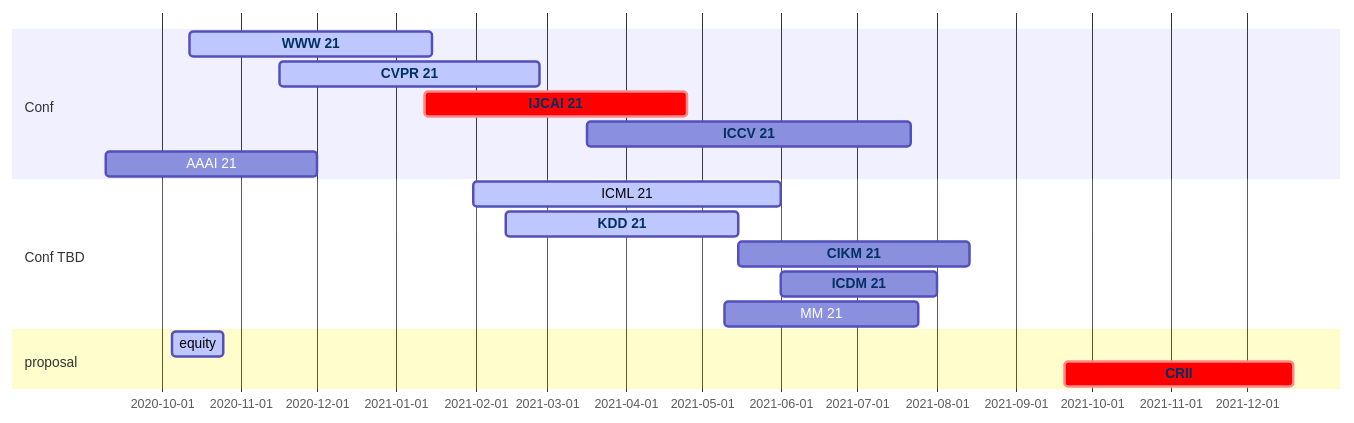
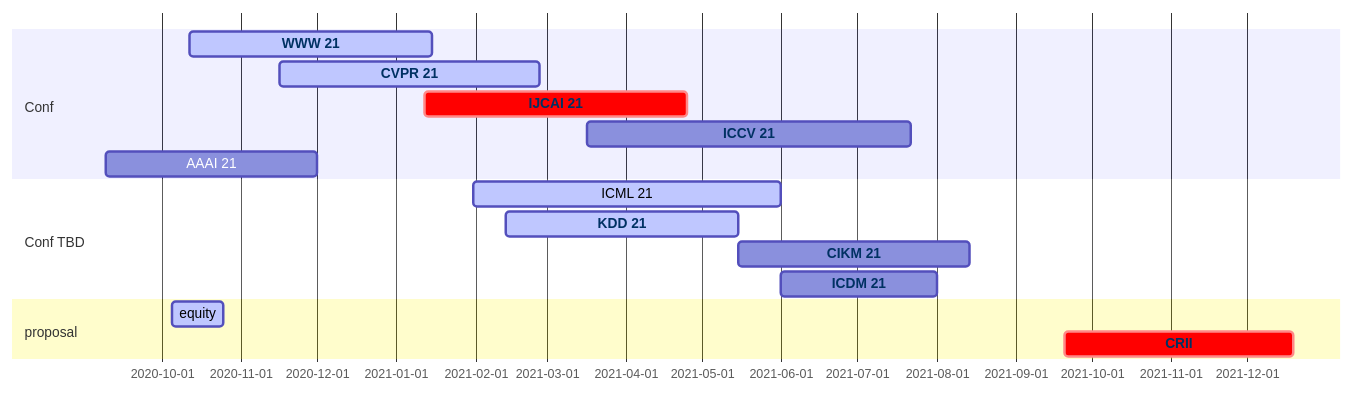
The diagram in content/post/conf/index.md (aquastar/academic-kickstart), drawn with Mermaid before and after one commit.

````diff
--- a/content/post/conf/index.md
+++ b/content/post/conf/index.md
@@ -16,29 +16,28 @@
 ```mermaid
 gantt
   dateFormat  MM/DD/YY
   section Conf
     WWW 21 :active, www, 10/12/20, 01/15/21
     CVPR 21 :active, cvpr, 11/16/20, 02/26/21
     IJCAI 21 :crit, ijcai, 01/12/21, 04/25/21
     ICCV 21 :iccv, 03/17/21, 07/22/21
     AAAI 21 :aaai, 09/09/20, 12/01/20
   section Conf TBD
     ICML 21:active, icml, 01/31/21, 06/01/21
     KDD 21:active, kdd, 02/13/21, 05/15/21
     CIKM 21:cikm, 05/15/21, 08/14/21
     ICDM 21:icdm, 06/01/21, 08/01/21
-    MM 21:acmmm, 05/10/21, 07/25/21
   section proposal
     equity: active, msu, 10/05/20, 20d
     CRII: crit, crii, 09/20/21, 90d 
 
   click cvpr href "http://cvpr2021.thecvf.com/"
   click iccv href "http://iccv2021.thecvf.com/"
   click icmk href "https://mermaidjs.github.io/"
   click ijcai href "http://www.ijcai-21.org/"
   click kdd href "http://www.kdd.org/kdd2021"
   click www href "https://www2021.thewebconf.org/"
   click cikm href "https://www.cikm2021.org/"
   click icdm href "http://icdm2021.bigke.org"
   click crii href "https://www.nsf.gov/funding/pgm_summ.jsp?pims_id=504952"
 ```
````
